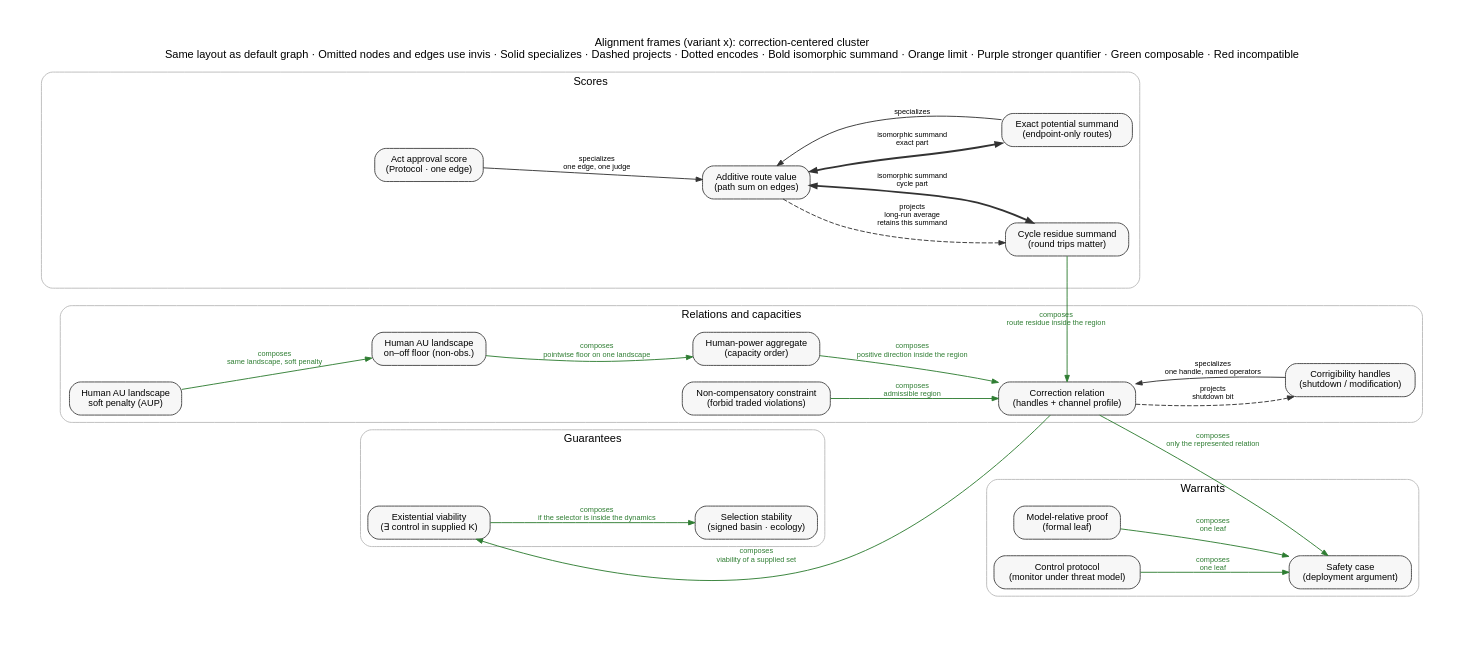
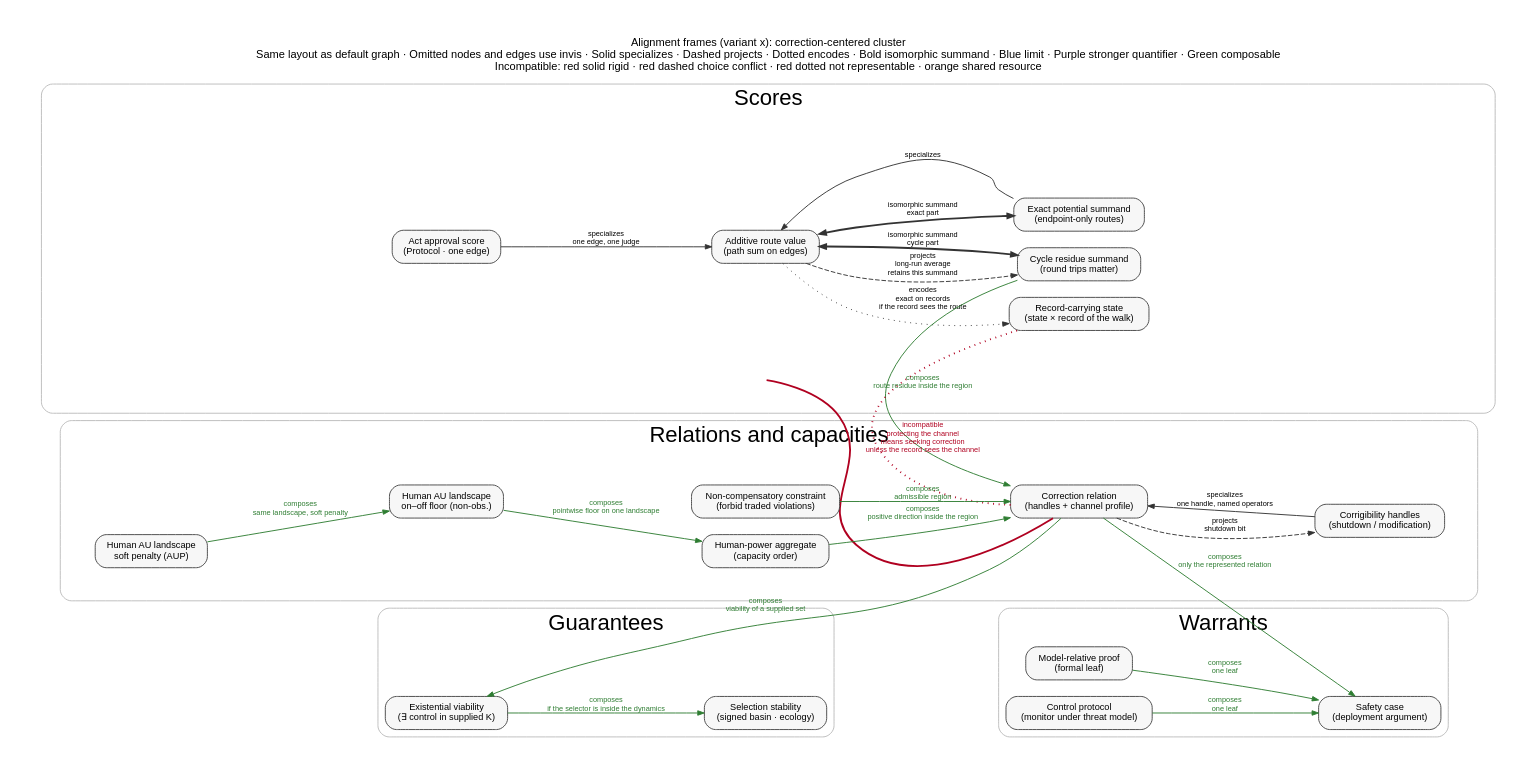
One commit to GunnarZarncke/towards-asi-alignment changed the diagram in drafts/alignment-frames-relations-x.dot. Above: the diagram before and after it, drawn with Graphviz. The commit also changed 9 other files, not shown here.

First line of the commit message:
Style frame graph conflict edges by class and check them against Lean.

```diff
--- a/drafts/alignment-frames-relations-x.dot
+++ b/drafts/alignment-frames-relations-x.dot
@@ -1,149 +1,166 @@
 // Relations among alignment frames (variant x: correction-centered cluster; omitted nodes/edges invis).
 // Same node set and layout as alignment-frames-relations.dot (default graph a).
 // SVG: python3 drafts/render_alignment_frames_x.py — do not use plain `dot` on this file for layout.
 // Read with drafts/alignment-frames-relations.md.
 // Arrow direction is part of the legend. Do not read every arrow as "implies".
 digraph AlignmentFrameRelationsX {
 graph [
     rankdir=LR,
     bgcolor="white",
     splines=true,
     overlap=false,
     pad=0.4,
     fontsize=12,
     fontname="Helvetica",
     label="Alignment frames (variant x): correction-centered cluster
-Same layout as default graph · Omitted nodes and edges use invis · Solid specializes · Dashed projects · Dotted encodes · Bold isomorphic summand · Orange limit · Purple stronger quantifier · Green composable · Red incompatible",
+Same layout as default graph · Omitted nodes and edges use invis · Solid specializes · Dashed projects · Dotted encodes · Bold isomorphic summand · Blue limit · Purple stronger quantifier · Green composable
+Incompatible: red solid rigid · red dashed choice conflict · red dotted not representable · orange shared resource",
     labelloc="t"
   ];
   node [shape=box, style="rounded,filled", fontname="Helvetica", fontsize=10, color="#444444", fillcolor="#F7F7F7"];
   edge [fontname="Helvetica", fontsize=8, arrowsize=0.7, color="#333333"];
 
   subgraph cluster_scores {
     label="Scores";
     color="#BBBBBB";
     style="rounded";
+    fontsize=24;
+    margin=36;
     hist [style="invis", label="History / trajectory value
 (preference on paths)"];
     route [label="Additive route value
 (path sum on edges)"];
     exact [label="Exact potential summand
 (endpoint-only routes)"];
     cycle [label="Cycle residue summand
 (round trips matter)"];
     state [style="invis", label="State utility
 (scalar order on states)"];
+    // Layout-only routing stub (not a frame; omitted from Lean inventory).
+    state_corr_gap [shape=point, width=0.01, height=0.01, label="", style=invis];
+    hstate [label="Record-carrying state
+(state × record of the walk)"];
     dist [style="invis", label="Outcome lottery
 (expectation or risk functional)"];
     criteria_vector [style="invis", label="Criteria vector
 (Pareto · task costs/stakeholders)"];
     weighted_scalar [style="invis", label="Weighted scalar
 (fixed weights on criteria)"];
     lex [style="invis", label="Lexicographic priority
 (on criteria vector)"];
     quant [style="invis", label="Quantilizer
 (retained quantile of base)"];
     approval [label="Act approval score
 (Protocol · one edge)"];
   }
 
   subgraph cluster_relations {
     label="Relations and capacities";
     color="#BBBBBB";
     style="rounded";
+    fontsize=24;
+    margin=36;
     au_penalty [label="Human AU landscape
 soft penalty (AUP)"];
     au_floor [label="Human AU landscape
 on–off floor (non-obs.)"];
     ai_power [style="invis", label="Agent empowerment channel
 (options / influence)"];
     human_power [label="Human-power aggregate
 (capacity order)"];
     corrig [label="Corrigibility handles
 (shutdown / modification)"];
     correction [label="Correction relation
 (handles + channel profile)"];
     cev [style="invis", label="Open procedure target
 (CEV · unset output)"];
     deontic [label="Non-compensatory constraint
 (forbid traded violations)"];
   }
 
   subgraph cluster_guarantees {
     label="Guarantees";
     color="#BBBBBB";
     style="rounded";
+    fontsize=24;
     viable [label="Existential viability
 (∃ control in supplied K)"];
     robust [style="invis", label="Robust invariance
 (∀ disturbance in class)"];
     selection [label="Selection stability
 (signed basin · ecology)"];
   }
 
   subgraph cluster_warrants {
     label="Warrants";
     color="#BBBBBB";
     style="rounded";
+    fontsize=24;
     proof [label="Model-relative proof
 (formal leaf)"];
     control [label="Control protocol
 (monitor under threat model)"];
     safecase [label="Safety case
 (deployment argument)"];
   }
 
   // Special case → more general frame.
   exact -> route [label="specializes"];
   approval -> route [label="specializes\none edge, one judge"];
   weighted_scalar -> criteria_vector [style=invis];
   lex -> criteria_vector [style=invis];
   corrig -> correction [label="specializes\none handle, named operators"];
 
   // Forgetful maps.
   dist -> state [style=invis];
   criteria_vector -> weighted_scalar [style=invis];
   correction -> corrig [style=dashed, label="projects\nshutdown bit"];
   route -> cycle [style=dashed, label="projects\nlong-run average\nretains this summand"];
 
   // Encodings. The original objects stay distinct.
-  hist -> state [style=invis];
-  route -> state [style=invis];
+  hist -> hstate [style=invis];
+  route -> hstate [style=dotted, label="encodes\nexact on records\nif the record sees the route"];
   cev -> state [style=invis];
 
   // Direct-sum decomposition of additive route value.
   route -> exact [style=bold, dir=both, label="isomorphic summand\nexact part"];
   route -> cycle [style=bold, dir=both, label="isomorphic summand\ncycle part"];
+  state -> hstate [style=invis];
   state -> route [style=invis];
 
   // Limits.
   quant -> state [style=invis];
   cev -> state [style=invis];
 
   // Same geometry, stronger quantifier.
   viable -> robust [style=invis];
 
   // Composition used by the correction reading. Not implications.
   deontic -> correction [color="#2E7D32", fontcolor="#2E7D32", label="composes\nadmissible region"];
   cycle -> correction [color="#2E7D32", fontcolor="#2E7D32", label="composes\nroute residue inside the region"];
   human_power -> correction [color="#2E7D32", fontcolor="#2E7D32", label="composes\npositive direction inside the region"];
   au_floor -> human_power [color="#2E7D32", fontcolor="#2E7D32", label="composes\npointwise floor on one landscape"];
   au_penalty -> au_floor [color="#2E7D32", fontcolor="#2E7D32", label="composes\nsame landscape, soft penalty"];
   correction -> viable [color="#2E7D32", fontcolor="#2E7D32", label="composes\nviability of a supplied set"];
   viable -> selection [color="#2E7D32", fontcolor="#2E7D32", label="composes\nif the selector is inside the dynamics"];
   proof -> safecase [color="#2E7D32", fontcolor="#2E7D32", label="composes\none leaf"];
   control -> safecase [color="#2E7D32", fontcolor="#2E7D32", label="composes\none leaf"];
   correction -> safecase [color="#2E7D32", fontcolor="#2E7D32", label="composes\nonly the represented relation"];
 
   // Acceptance relations that exclude each other in the named class.
-  state -> correction [style=invis, dir=none];
+  // state–correction rigidity: anchor stub on state, route to correction without a global detour.
+  state -> state_corr_gap [style=invis];
+  state_corr_gap -> weighted_scalar [style=invis];
+  state -> state_corr_gap [style=invis, dir=none];
+  state_corr_gap -> correction [dir=none, constraint=false, color="#B00020", penwidth=2];
+  hstate -> correction [dir=none, style=dotted, color="#B00020", fontcolor="#B00020", penwidth=2, label="incompatible\nprotecting the channel\nmeans seeking correction\nunless the record sees the channel"];
   state -> cycle [style=invis, dir=none];
   deontic -> weighted_scalar [style=invis, dir=none];
   au_floor -> weighted_scalar [style=invis, dir=none];
   ai_power -> human_power [style=invis, dir=none];
   robust -> correction [style=invis, dir=none];
 
   // Layout only: Guarantees then Warrants (LR); align viability / safety case.
   selection -> proof [style=invis, weight=100];
   viable -> safecase [style=invis, weight=100];
 }
```
